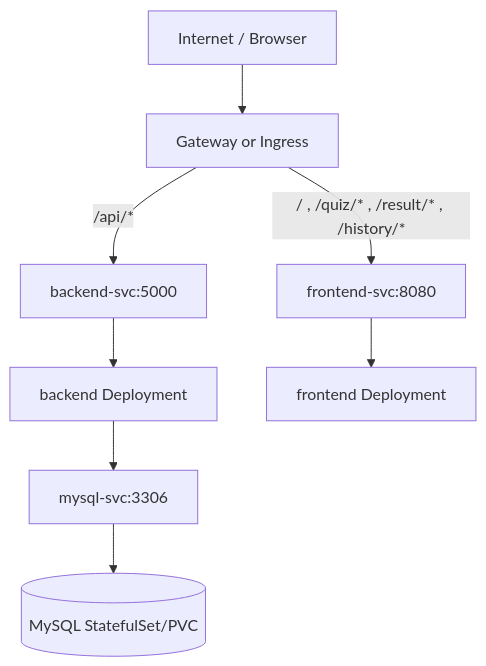
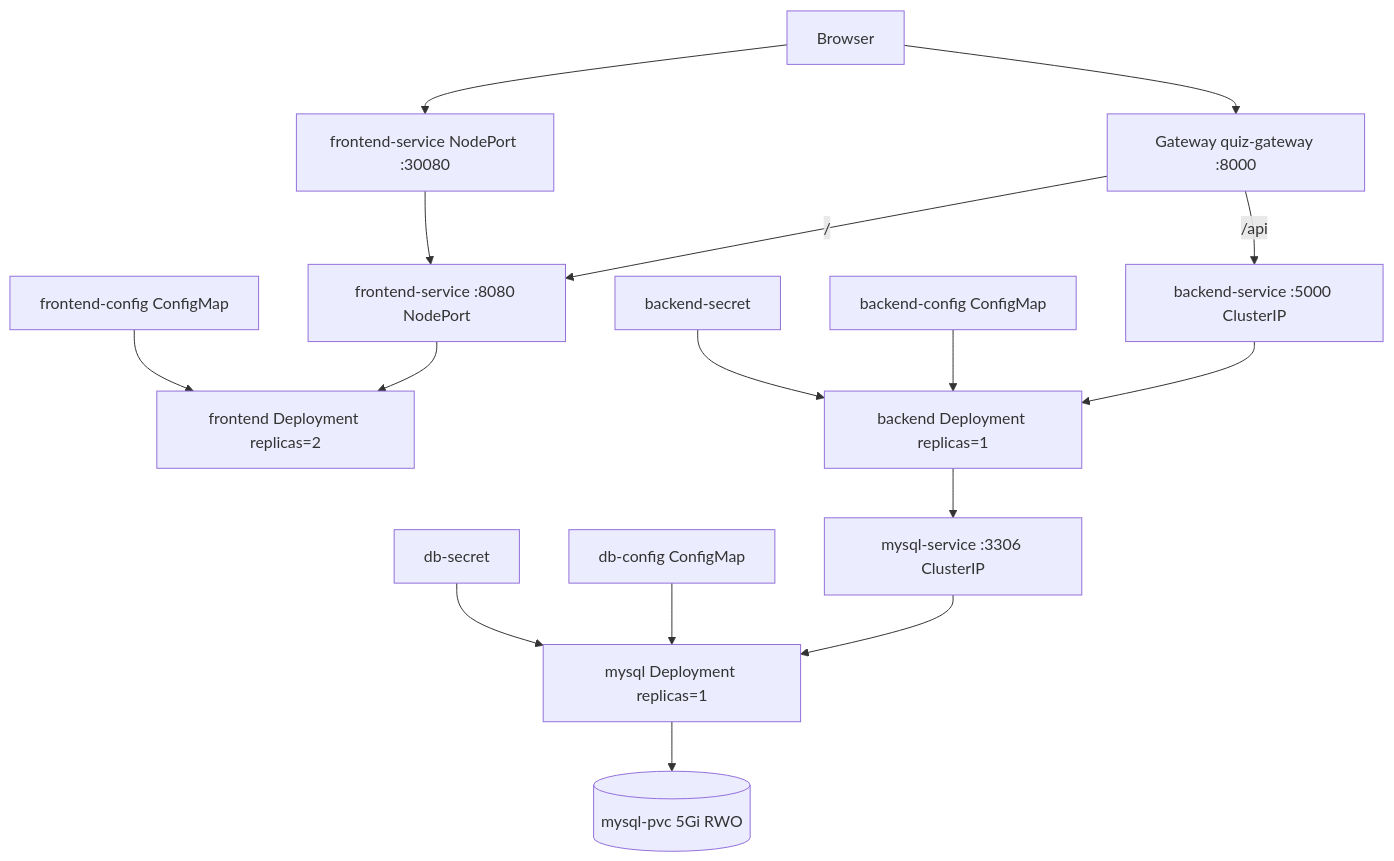
Before and after one commit to heechang375-art/IT-Qbank: the diagram in README.md, drawn with Mermaid. The commit also changed other lines of this file and 16 other files, not shown here.

````diff
--- a/README.md
+++ b/README.md
@@ -35,12 +35,22 @@
 ```mermaid
 flowchart TD
-    U[Internet / Browser] --> G[Gateway or Ingress]
-    G -->|/api/*| BS[backend-svc:5000]
-    G -->|/ , /quiz/* , /result/* , /history/*| FS[frontend-svc:8080]
+    U[Browser]
+    U --> NP[frontend-service NodePort :30080]
+    U --> GW[Gateway quiz-gateway :8000]
 
-    BS --> BD[backend Deployment]
-    FS --> FD[frontend Deployment]
+    GW -->|/api| BS[backend-service :5000 ClusterIP]
+    GW -->|/| FS[frontend-service :8080 NodePort]
+    NP --> FS
 
-    BD --> MS[mysql-svc:3306]
-    MS --> DB[(MySQL StatefulSet/PVC)]
+    FS --> FD[frontend Deployment replicas=2]
+    BS --> BD[backend Deployment replicas=1]
+    BD --> MS[mysql-service :3306 ClusterIP]
+    MS --> MD[mysql Deployment replicas=1]
+    MD --> PVC[(mysql-pvc 5Gi RWO)]
+
+    FCM[frontend-config ConfigMap] --> FD
+    BCM[backend-config ConfigMap] --> BD
+    BSEC[backend-secret] --> BD
+    DBCFG[db-config ConfigMap] --> MD
+    DBSEC[db-secret] --> MD
 ```
````
